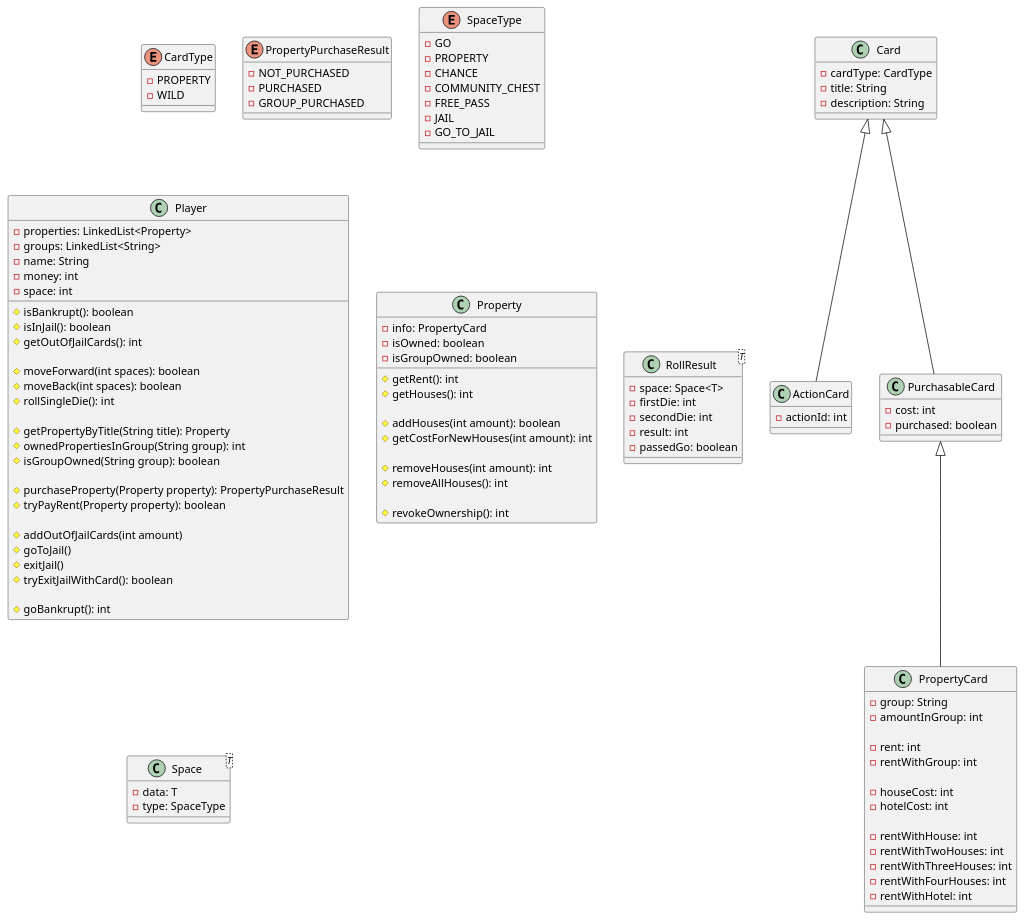
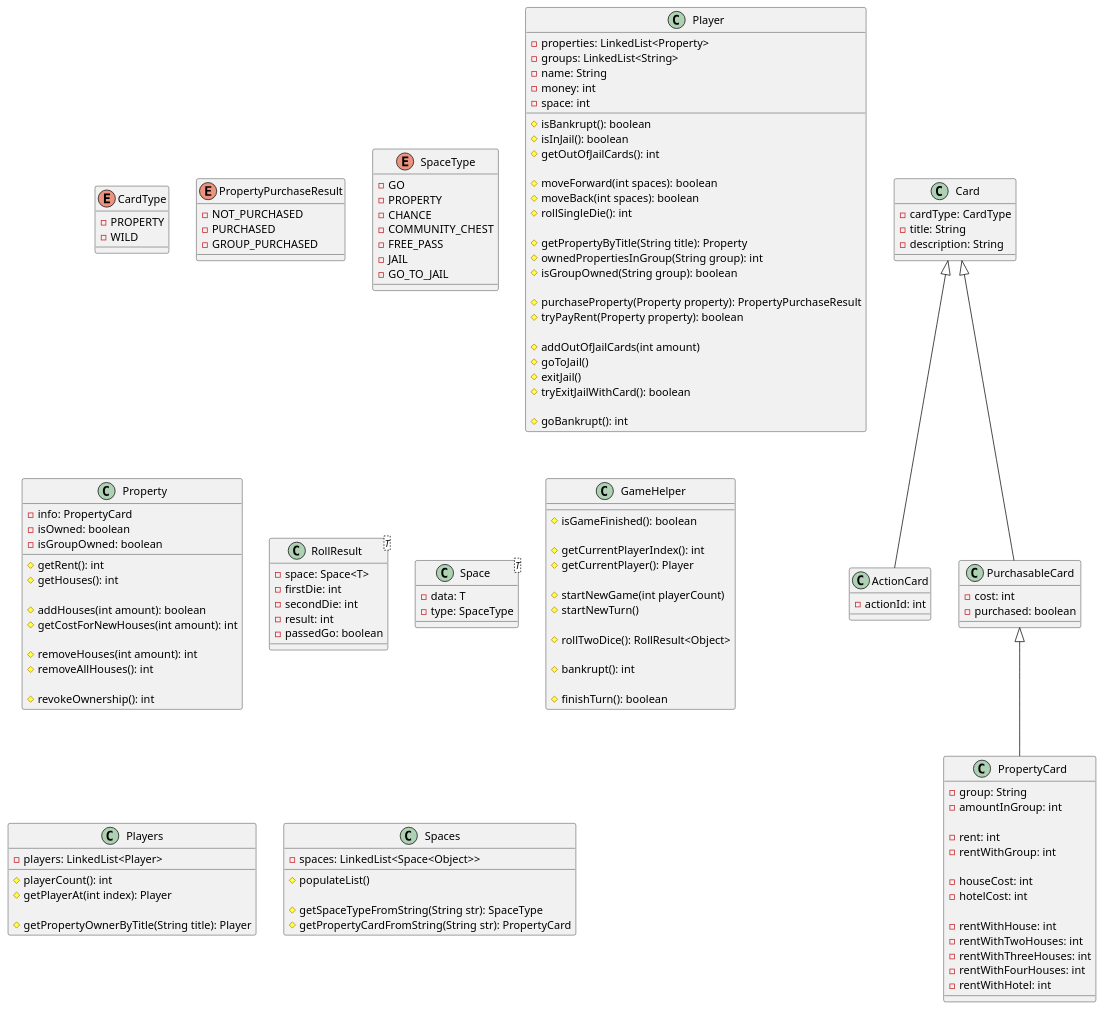
The diagram in ProjectDiagram.puml (ooplata/j_monopoly), drawn with PlantUML before and after one commit.

Commit message:
Added classes in board package to diagram

```diff
--- a/ProjectDiagram.puml
+++ b/ProjectDiagram.puml
@@ -1,116 +1,150 @@
 @startuml JMonopoly
 
 enum CardType {
     -PROPERTY
     -WILD
 }
 
 enum PropertyPurchaseResult {
     -NOT_PURCHASED
     -PURCHASED
     -GROUP_PURCHASED
 }
 
 enum SpaceType {
     -GO
     -PROPERTY
     -CHANCE
     -COMMUNITY_CHEST
     -FREE_PASS
     -JAIL
     -GO_TO_JAIL
 }
 
 class Player {
     -properties: LinkedList<Property>
     -groups: LinkedList<String>
     -name: String
     -money: int
     -space: int
 
     #isBankrupt(): boolean
     #isInJail(): boolean
     #getOutOfJailCards(): int
 
     #moveForward(int spaces): boolean
     #moveBack(int spaces): boolean
     #rollSingleDie(): int
 
     #getPropertyByTitle(String title): Property
     #ownedPropertiesInGroup(String group): int
     #isGroupOwned(String group): boolean
 
     #purchaseProperty(Property property): PropertyPurchaseResult
     #tryPayRent(Property property): boolean
 
     #addOutOfJailCards(int amount)
     #goToJail()
     #exitJail()
     #tryExitJailWithCard(): boolean
 
     #goBankrupt(): int
 }
 
 class Property {
     -info: PropertyCard
     -isOwned: boolean
     -isGroupOwned: boolean
 
     #getRent(): int
     #getHouses(): int
 
     #addHouses(int amount): boolean
     #getCostForNewHouses(int amount): int
 
     #removeHouses(int amount): int
     #removeAllHouses(): int
 
     #revokeOwnership(): int
 }
 
 class RollResult<T> {
     -space: Space<T>
     -firstDie: int
     -secondDie: int
     -result: int
     -passedGo: boolean
 }
 
 class Space<T> {
     -data: T
     -type: SpaceType
 }
 
 class Card {
     -cardType: CardType
     -title: String
     -description: String
 }
 
 class ActionCard extends Card {
     -actionId: int
 }
 
 class PurchasableCard extends Card {
     -cost: int
     -purchased: boolean
 }
 
 class PropertyCard extends PurchasableCard {
     -group: String
     -amountInGroup: int
 
     -rent: int
     -rentWithGroup: int
 
     -houseCost: int
     -hotelCost: int
 
     -rentWithHouse: int
     -rentWithTwoHouses: int
     -rentWithThreeHouses: int
     -rentWithFourHouses: int
     -rentWithHotel: int
 }
 
+class GameHelper {
+    #isGameFinished(): boolean
+
+    #getCurrentPlayerIndex(): int
+    #getCurrentPlayer(): Player
+
+    #startNewGame(int playerCount)
+    #startNewTurn()
+
+    #rollTwoDice(): RollResult<Object>
+
+    #bankrupt(): int
+
+    #finishTurn(): boolean
+}
+
+class Players {
+    -players: LinkedList<Player>
+
+    #playerCount(): int
+    #getPlayerAt(int index): Player
+
+    #getPropertyOwnerByTitle(String title): Player
+}
+
+class Spaces {
+    -spaces: LinkedList<Space<Object>>
+
+    #populateList()
+
+    #getSpaceTypeFromString(String str): SpaceType
+    #getPropertyCardFromString(String str): PropertyCard
+}
+
 @enduml
```
